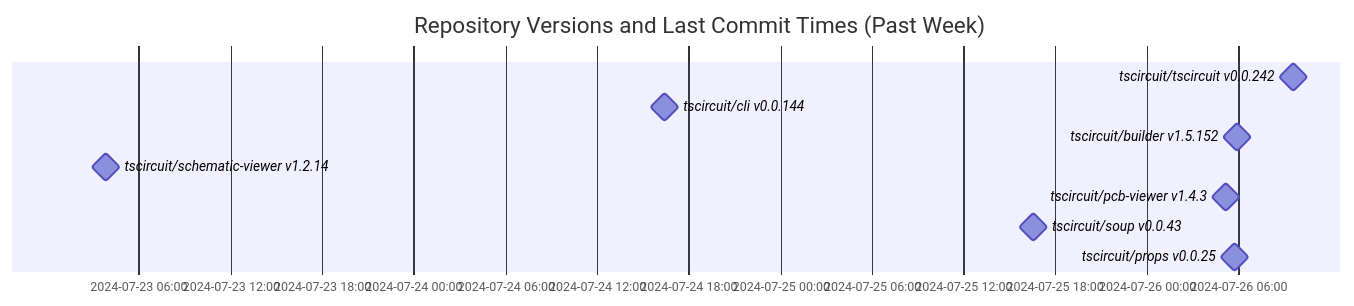
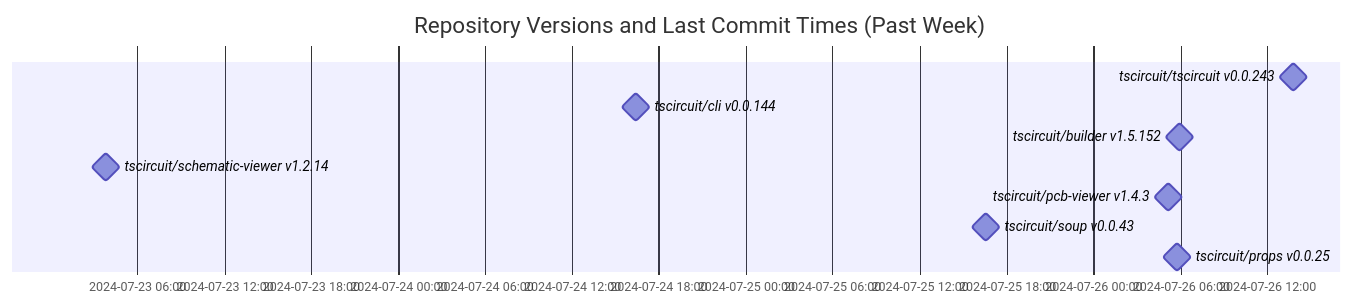
One commit to tscircuit/version-tracker changed the diagram in README.md. Above: the diagram before and after it, drawn with Mermaid.

Commit message:
Update chart

````diff
--- a/README.md
+++ b/README.md
@@ -1,14 +1,14 @@
 ```mermaid
 gantt
   dateFormat  YYYY-MM-DD HH:mm:ss
   title Repository Versions and Last Commit Times (Past Week)
   axisFormat %Y-%m-%d %H:%M
 
-  tscircuit/tscircuit v0.0.242 : milestone, 2024-07-26 09:35:20, 1s
+  tscircuit/tscircuit v0.0.243 : milestone, 2024-07-26 13:47:01, 1s
   tscircuit/cli v0.0.144 : milestone, 2024-07-24 16:24:13, 1s
   tscircuit/builder v1.5.152 : milestone, 2024-07-26 05:55:45, 1s
   tscircuit/schematic-viewer v1.2.14 : milestone, 2024-07-23 03:50:56, 1s
   tscircuit/pcb-viewer v1.4.3 : milestone, 2024-07-26 05:10:56, 1s
   tscircuit/soup v0.0.43 : milestone, 2024-07-25 16:35:25, 1s
   tscircuit/props v0.0.25 : milestone, 2024-07-26 05:44:11, 1s
 ```
````
